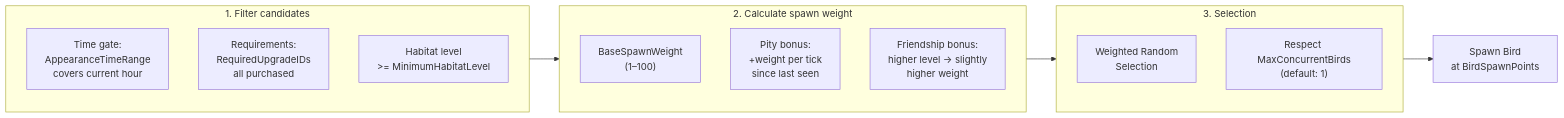
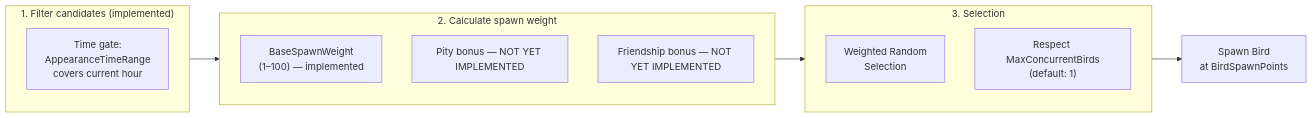
Before and after one commit to kitoss1/Birdie: the eighth of 14 diagrams in docs/product/architecture.md, drawn with Mermaid. The commit also changed other lines of this file and 3 other files, not shown here.

````diff
--- a/docs/product/architecture.md
+++ b/docs/product/architecture.md
@@ -387,21 +409,19 @@
 ```mermaid
 flowchart LR
-    subgraph FILTER["1. Filter candidates"]
+    subgraph FILTER["1. Filter candidates (implemented)"]
         TG["Time gate:\nAppearanceTimeRange\ncovers current hour"]
-        REQ["Requirements:\nRequiredUpgradeIDs\nall purchased"]
-        HAB["Habitat level\n>= MinimumHabitatLevel"]
     end
 
     subgraph WEIGHT["2. Calculate spawn weight"]
-        BASE["BaseSpawnWeight\n(1–100)"]
-        PITY["Pity bonus:\n+weight per tick\nsince last seen"]
-        FRIEND["Friendship bonus:\nhigher level → slightly\nhigher weight"]
+        BASE["BaseSpawnWeight\n(1–100) — implemented"]
+        PITY["Pity bonus — NOT YET IMPLEMENTED"]
+        FRIEND["Friendship bonus — NOT YET IMPLEMENTED"]
     end
 
     subgraph SELECT["3. Selection"]
         WRS["Weighted Random\nSelection"]
         MAX["Respect MaxConcurrentBirds\n(default: 1)"]
     end
 
     FILTER --> WEIGHT --> SELECT --> SPAWN[Spawn Bird\nat BirdSpawnPoints]
 ```
````
